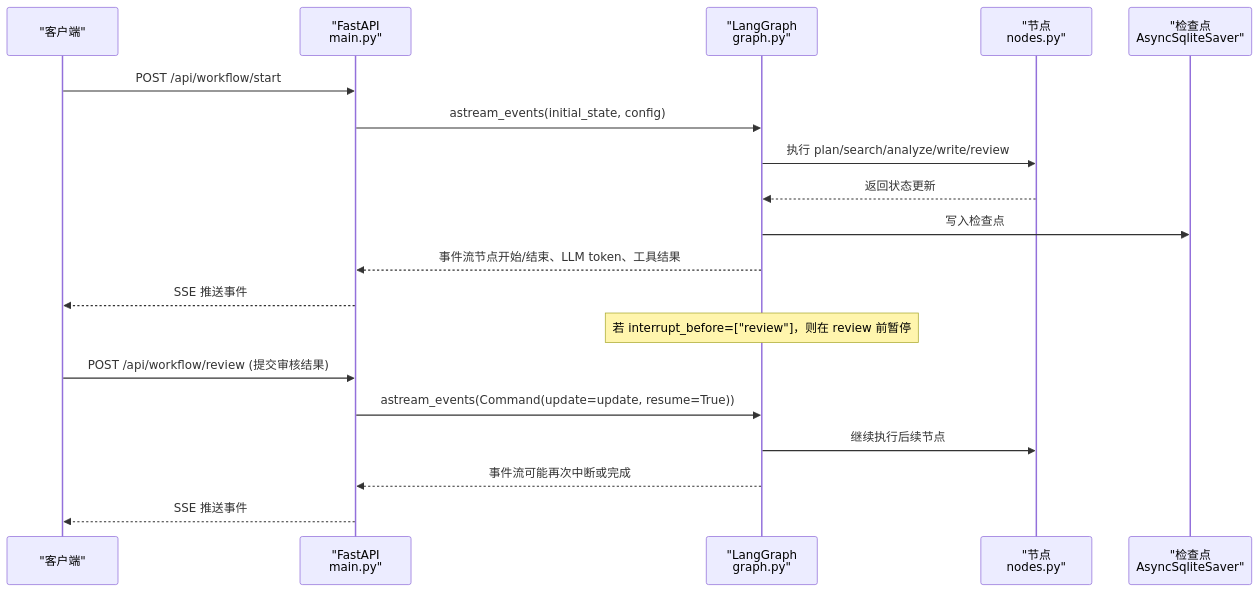
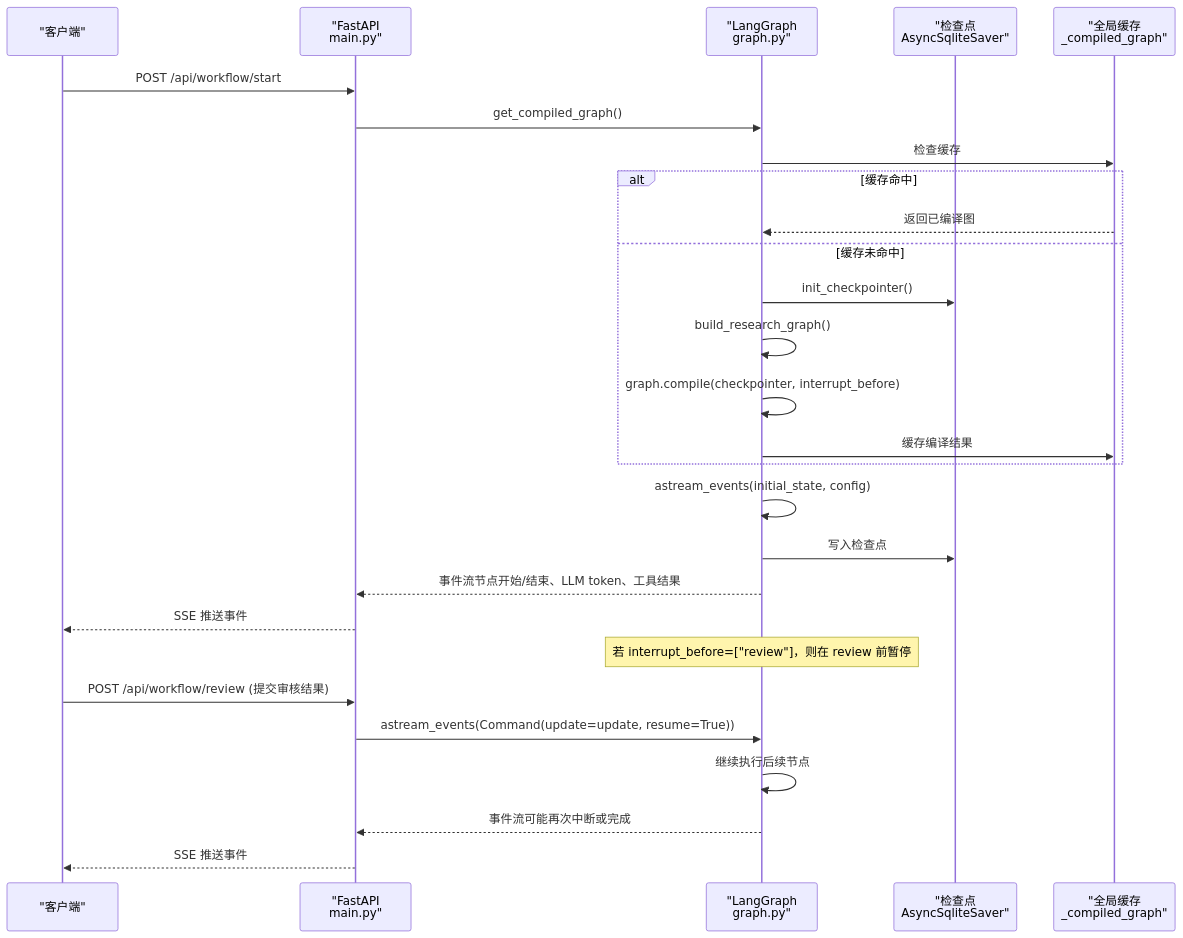
Before and after one commit to sundew26/agent-week3: the second of 4 diagrams in .qoder/repowiki/zh/content/系统架构/后端架构/LangGraph 工作流引擎.md, drawn with Mermaid. The commit also changed other lines of this file and 8 other files, not shown here.

````diff
--- a/.qoder/repowiki/zh/content/系统架构/后端架构/LangGraph 工作流引擎.md
+++ b/.qoder/repowiki/zh/content/系统架构/后端架构/LangGraph 工作流引擎.md
@@ -87,21 +100,29 @@
 ```mermaid
 sequenceDiagram
 participant Client as "客户端"
 participant API as "FastAPI<br/>main.py"
 participant Graph as "LangGraph<br/>graph.py"
-participant Nodes as "节点<br/>nodes.py"
 participant Checkpoint as "检查点<br/>AsyncSqliteSaver"
+participant Cache as "全局缓存<br/>_compiled_graph"
 Client->>API : POST /api/workflow/start
-API->>Graph : astream_events(initial_state, config)
-Graph->>Nodes : 执行 plan/search/analyze/write/review
-Nodes-->>Graph : 返回状态更新
+API->>Graph : get_compiled_graph()
+Graph->>Cache : 检查缓存
+alt 缓存命中
+Cache-->>Graph : 返回已编译图
+else 缓存未命中
+Graph->>Checkpoint : init_checkpointer()
+Graph->>Graph : build_research_graph()
+Graph->>Graph : graph.compile(checkpointer, interrupt_before)
+Graph->>Cache : 缓存编译结果
+end
+Graph->>Graph : astream_events(initial_state, config)
 Graph->>Checkpoint : 写入检查点
 Graph-->>API : 事件流节点开始/结束、LLM token、工具结果
 API-->>Client : SSE 推送事件
 Note over Graph : 若 interrupt_before=["review"]，则在 review 前暂停
 Client->>API : POST /api/workflow/review (提交审核结果)
 API->>Graph : astream_events(Command(update=update, resume=True))
-Graph->>Nodes : 继续执行后续节点
+Graph->>Graph : 继续执行后续节点
 Graph-->>API : 事件流可能再次中断或完成
 API-->>Client : SSE 推送事件
 ```
````
